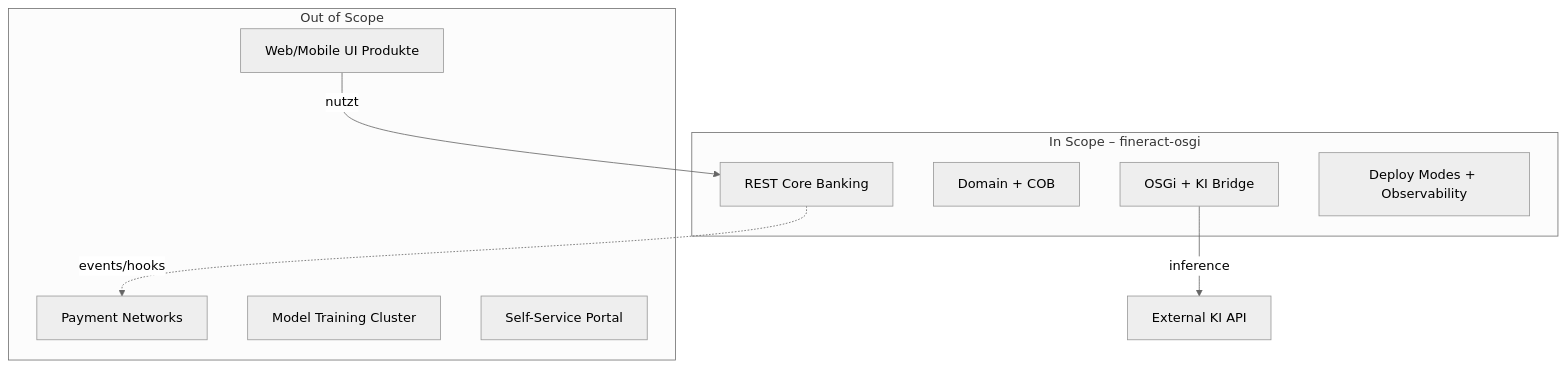
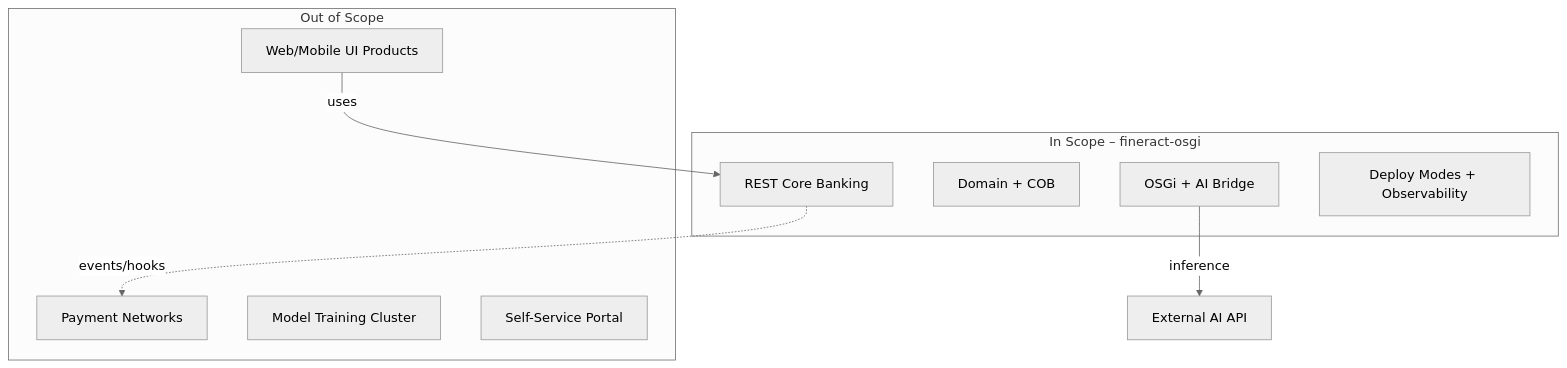
One commit to RainerMaxWallscheid/fineract-osgi changed the fourth of 4 diagrams in docs/arc42/02_context_and_scope.md. Above: the diagram before and after it, drawn with Mermaid (neutral theme). The commit also changed other lines of this file and 38 other files, not shown here.

````diff
--- a/docs/arc42/02_context_and_scope.md
+++ b/docs/arc42/02_context_and_scope.md
@@ -223,20 +223,20 @@
 ```mermaid
 flowchart TB
     subgraph InScope["In Scope – fineract-osgi"]
       API[REST Core Banking]
       DOM[Domain + COB]
-      OSGi[OSGi + KI Bridge]
+      OSGi[OSGi + AI Bridge]
       OPS[Deploy Modes + Observability]
     end
 
     subgraph OutScope["Out of Scope"]
-      UI[Web/Mobile UI Produkte]
+      UI[Web/Mobile UI Products]
       PS[Payment Networks]
       ML[Model Training Cluster]
       SS[Self-Service Portal]
     end
 
-    UI -->|nutzt| API
+    UI -->|uses| API
     API -.->|events/hooks| PS
-    OSGi -->|inference| EXT[External KI API]
+    OSGi -->|inference| EXT[External AI API]
 ```
````
